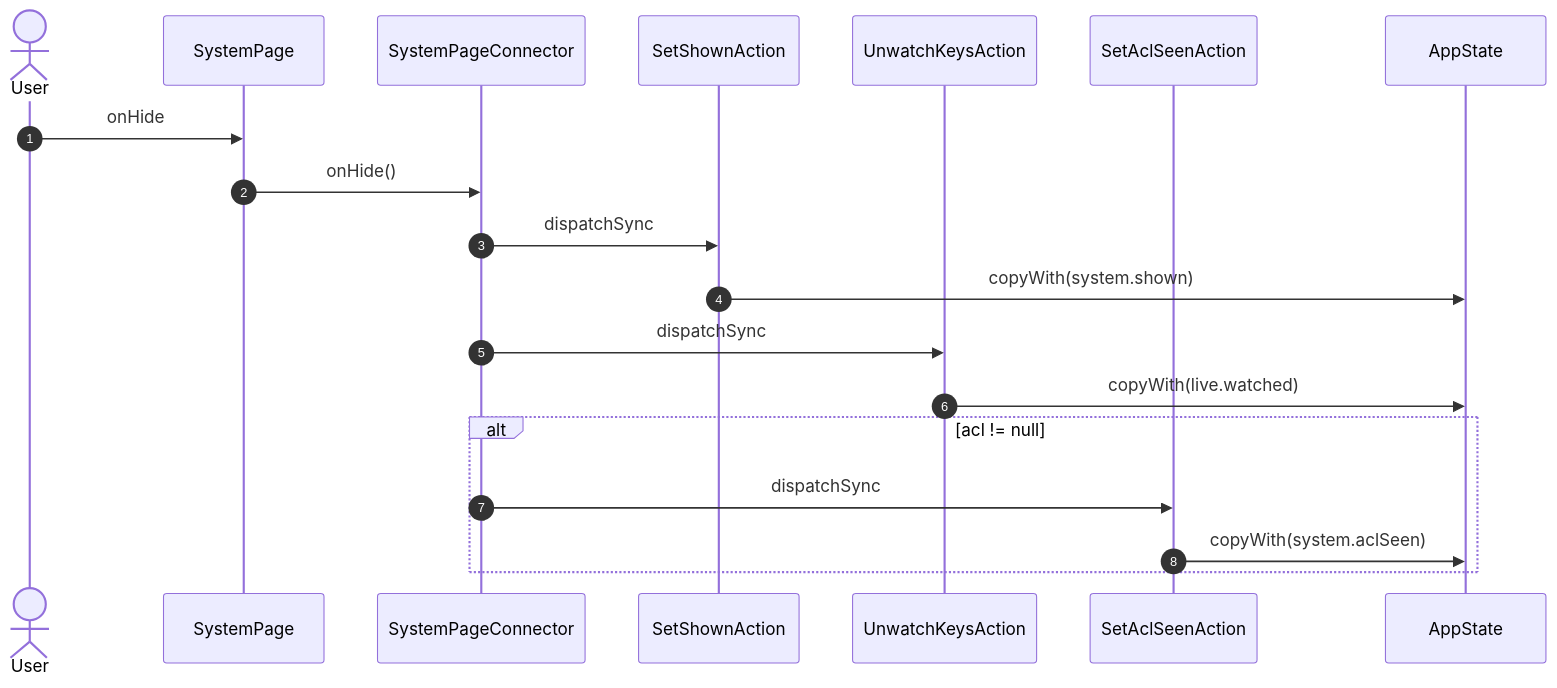
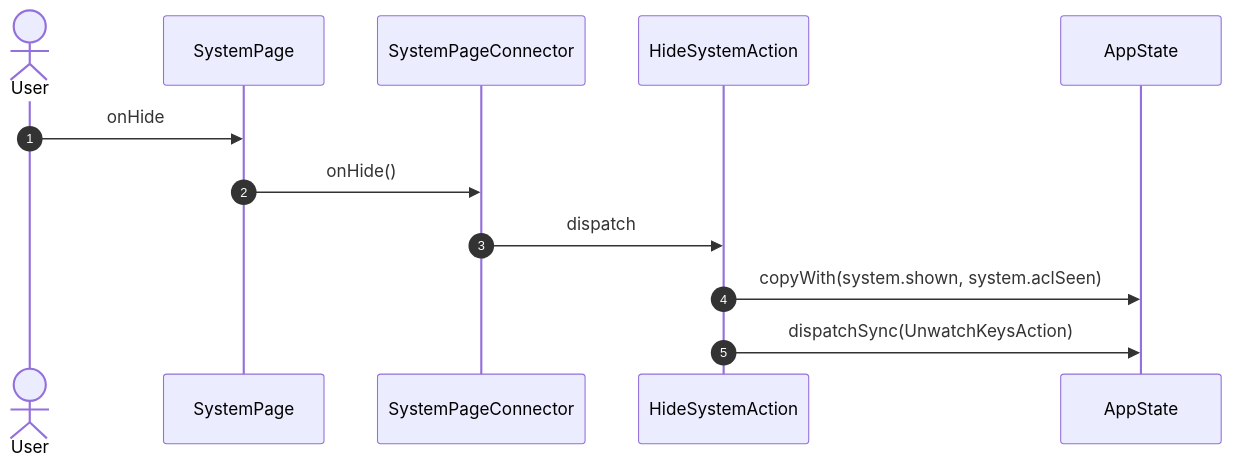
One commit to gencto/wyrm changed the second of 26 diagrams in studio/docs/flows/system.md. Above: the diagram before and after it, drawn with Mermaid. The commit also changed other lines of this file and 88 other files, not shown here.

First line of the commit message:
studio: system: typed values, words in ui, one action per intent

````diff
--- a/studio/docs/flows/system.md
+++ b/studio/docs/flows/system.md
@@ -67,22 +29,15 @@
 ```mermaid
 sequenceDiagram
     autonumber
     actor User
     participant UI as SystemPage
     participant VM as SystemPageConnector
-    participant A1 as SetShownAction
-    participant A2 as UnwatchKeysAction
-    participant A3 as SetAclSeenAction
+    participant A1 as HideSystemAction
     participant ST as AppState
 
     User->>UI: onHide
     UI->>VM: onHide()
-    VM->>A1: dispatchSync
-    A1->>ST: copyWith(system.shown)
-    VM->>A2: dispatchSync
-    A2->>ST: copyWith(live.watched)
-    alt acl != null
-        VM->>A3: dispatchSync
-        A3->>ST: copyWith(system.aclSeen)
-    end
+    VM->>A1: dispatch
+    A1->>ST: copyWith(system.shown, system.aclSeen)
+    A1->>ST: dispatchSync(UnwatchKeysAction)
 ```
````
